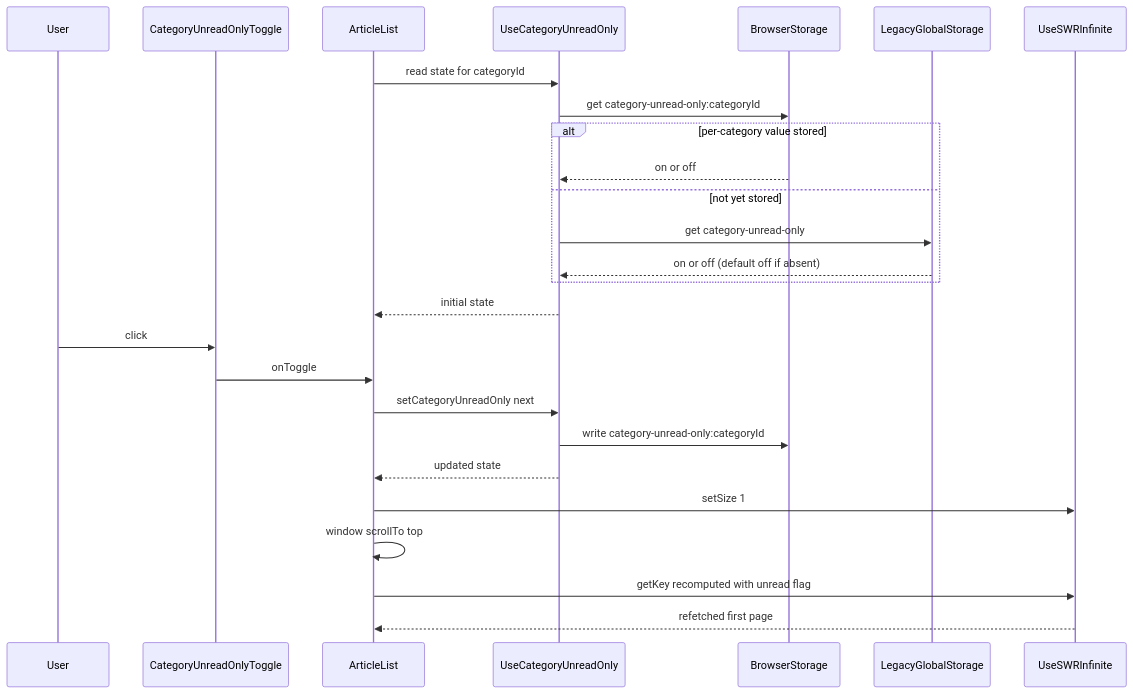
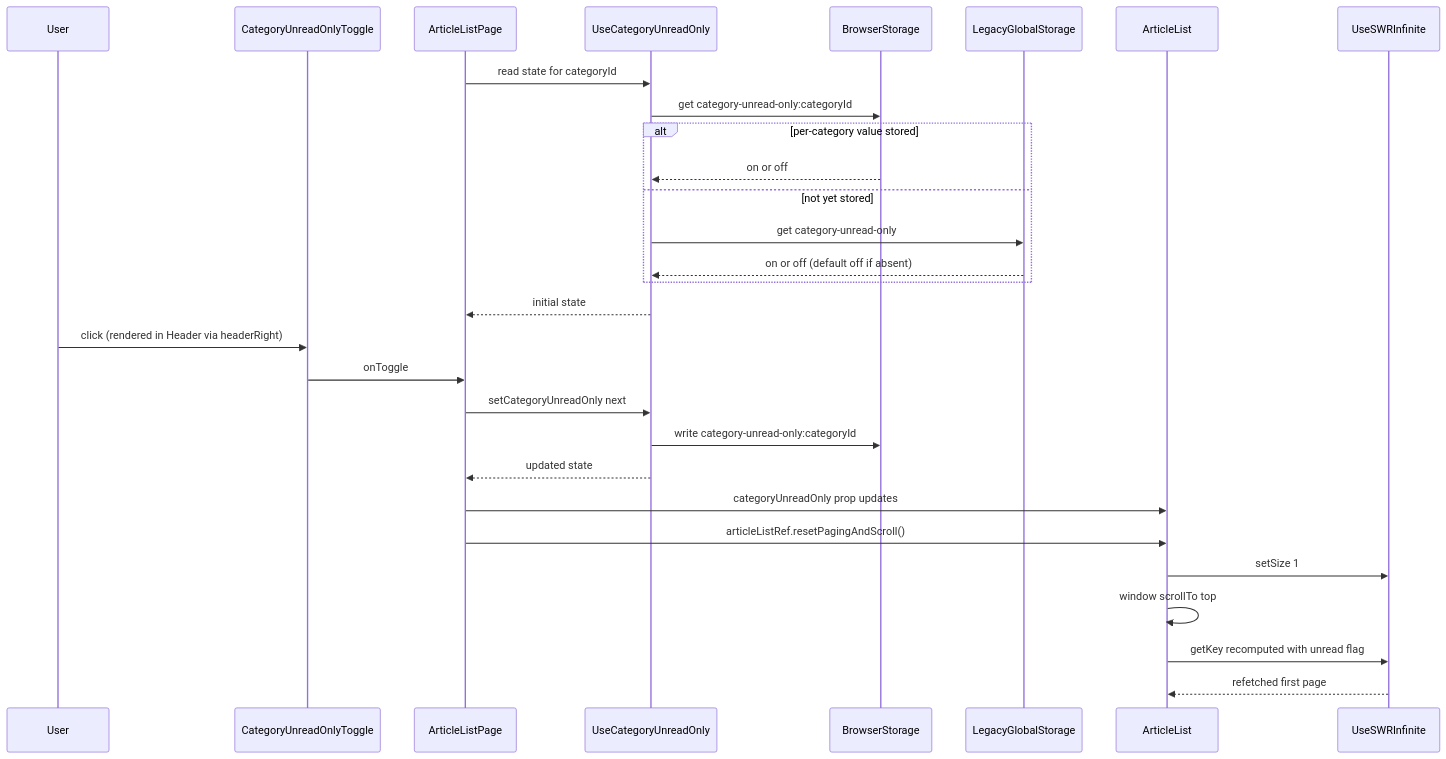
Before and after one commit to okotaro/oksskolten: the second of 2 diagrams in .kiro/specs/folder-unread-only-toggle/design.md, drawn with Mermaid. The commit also changed other lines of this file and 7 other files, not shown here.

First line of the commit message:
docs(feed-unread-only-toggle,folder-unread-only-toggle): add Requirement 7/8 spec docs for Issue #14

````diff
--- a/.kiro/specs/folder-unread-only-toggle/design.md
+++ b/.kiro/specs/folder-unread-only-toggle/design.md
@@ -143,30 +157,33 @@
 ```mermaid
 sequenceDiagram
     participant User
     participant Toggle as CategoryUnreadOnlyToggle
-    participant List as ArticleList
+    participant Page as ArticleListPage
     participant Hook as UseCategoryUnreadOnly
     participant Storage as BrowserStorage
     participant Legacy as LegacyGlobalStorage
+    participant List as ArticleList
     participant Swr as UseSWRInfinite
 
-    List->>Hook: read state for categoryId
+    Page->>Hook: read state for categoryId
     Hook->>Storage: get category-unread-only:categoryId
     alt per-category value stored
         Storage-->>Hook: on or off
     else not yet stored
         Hook->>Legacy: get category-unread-only
         Legacy-->>Hook: on or off (default off if absent)
     end
-    Hook-->>List: initial state
+    Hook-->>Page: initial state
 
-    User->>Toggle: click
-    Toggle->>List: onToggle
-    List->>Hook: setCategoryUnreadOnly next
+    User->>Toggle: click (rendered in Header via headerRight)
+    Toggle->>Page: onToggle
+    Page->>Hook: setCategoryUnreadOnly next
     Hook->>Storage: write category-unread-only:categoryId
-    Hook-->>List: updated state
+    Hook-->>Page: updated state
+    Page->>List: categoryUnreadOnly prop updates
+    Page->>List: articleListRef.resetPagingAndScroll()
     List->>Swr: setSize 1
     List->>List: window scrollTo top
     List->>Swr: getKey recomputed with unread flag
     Swr-->>List: refetched first page
 ```
````
